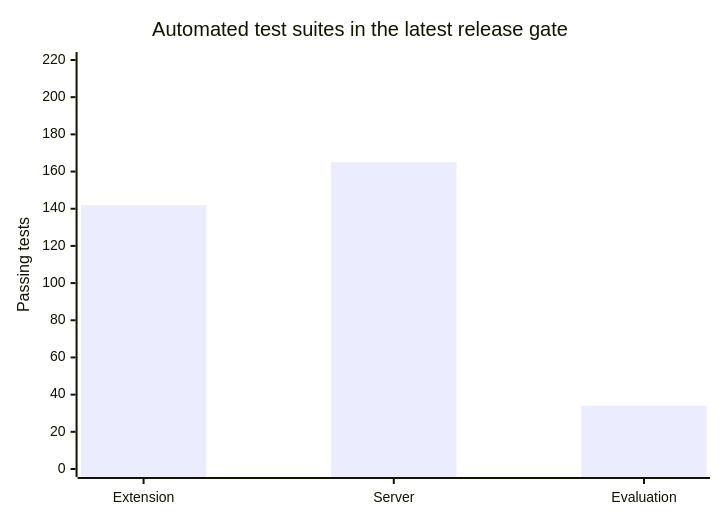
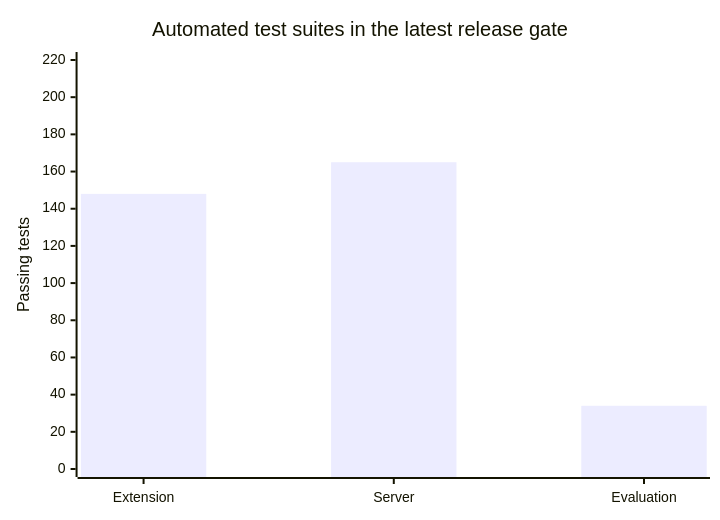
The seventh of 7 diagrams in README.md (Rohinth-S/NAYAN), drawn with Mermaid before and after one commit. The commit also changed 13 other files, not shown here.

````diff
--- a/README.md
+++ b/README.md
@@ -781,7 +781,7 @@
 ```mermaid
 xychart-beta
     title "Automated test suites in the latest release gate"
     x-axis ["Extension", "Server", "Evaluation"]
     y-axis "Passing tests" 0 --> 220
-    bar [142, 165, 34]
+    bar [148, 165, 34]
 ```
````
